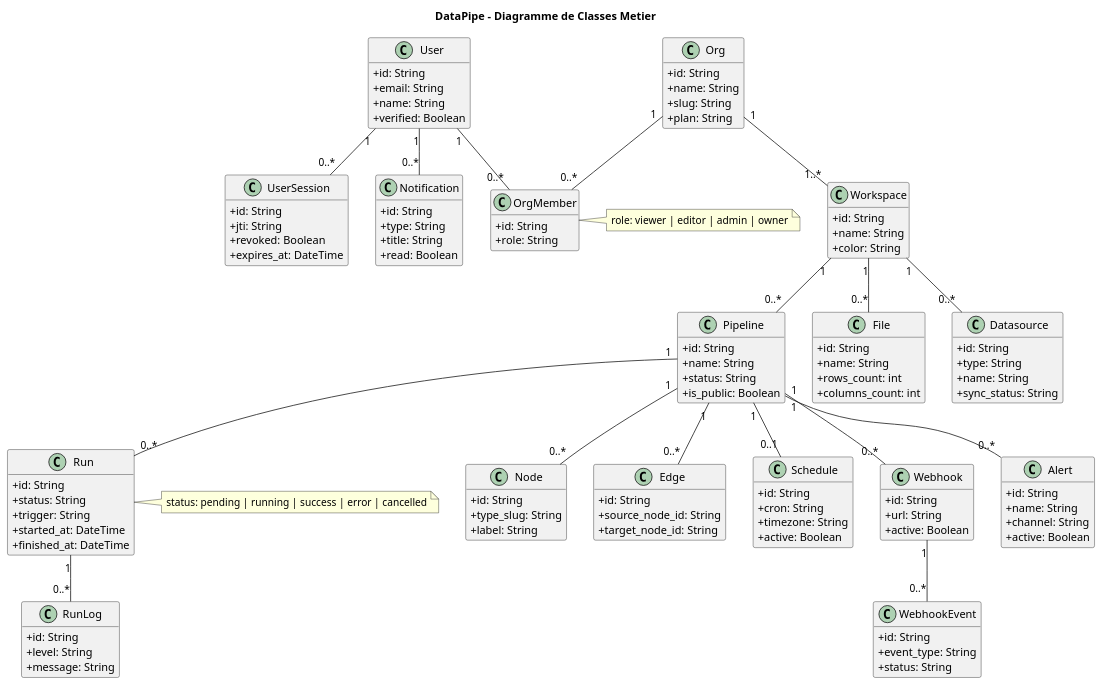
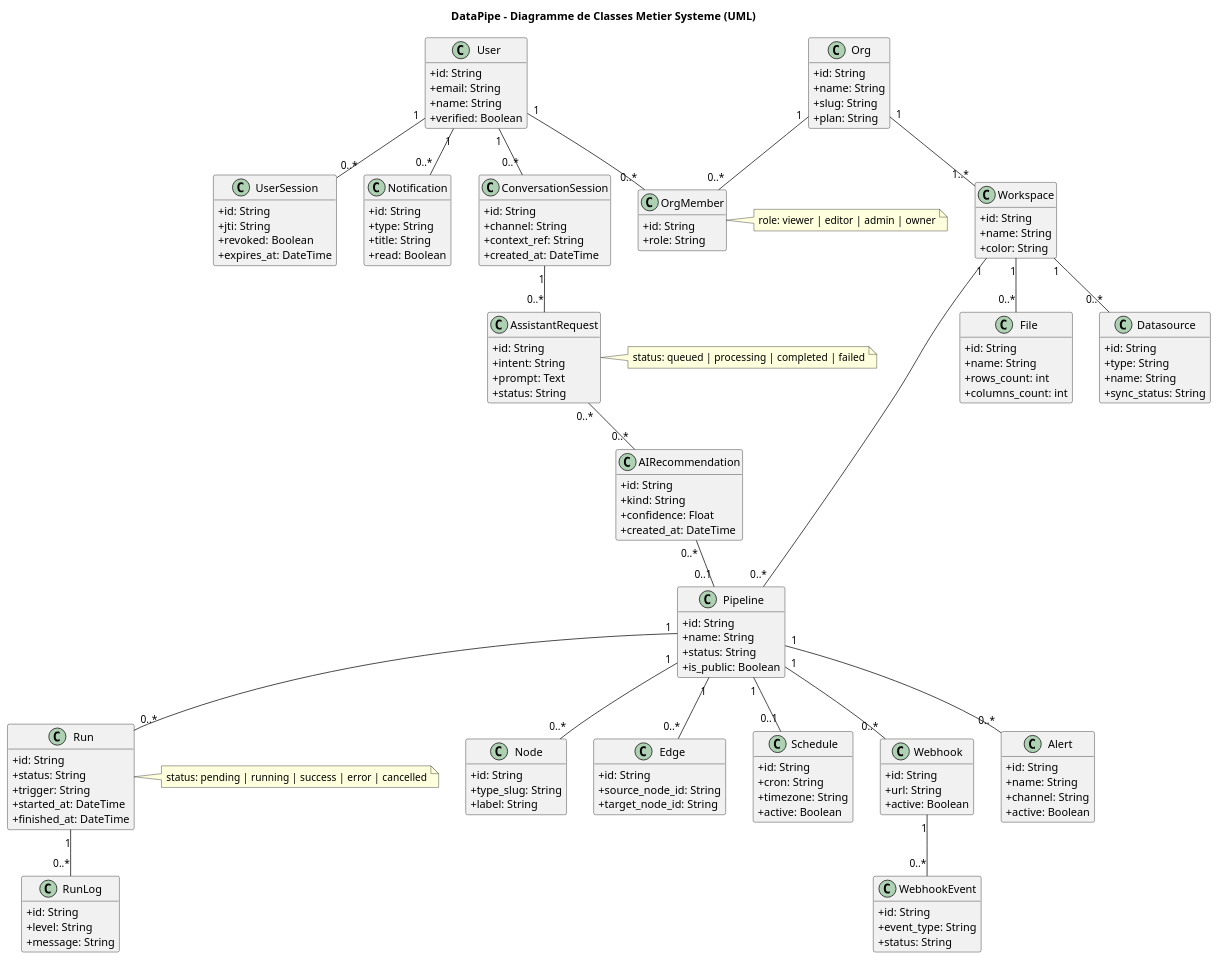
The diagram in analyses/04_classes_metier.puml (Delmat237/DataPipe---ETL-Visuel-pour-Pipelines-Bancaires), drawn with PlantUML before and after one commit. The commit also changed 11 other files, not shown here.

First line of the commit message:
docs: refondre la modélisation UML en vue système

```diff
--- a/analyses/04_classes_metier.puml
+++ b/analyses/04_classes_metier.puml
@@ -1,147 +1,176 @@
 @startuml
-title DataPipe - Diagramme de Classes Metier
+title DataPipe - Diagramme de Classes Metier Systeme (UML)
 skinparam shadowing false
 skinparam classAttributeIconSize 0
 hide methods
 
 class User {
   +id: String
   +email: String
   +name: String
   +verified: Boolean
 }
 
 class UserSession {
   +id: String
   +jti: String
   +revoked: Boolean
   +expires_at: DateTime
 }
 
 class Org {
   +id: String
   +name: String
   +slug: String
   +plan: String
 }
 
 class OrgMember {
   +id: String
   +role: String
 }
 
 class Workspace {
   +id: String
   +name: String
   +color: String
 }
 
 class Pipeline {
   +id: String
   +name: String
   +status: String
   +is_public: Boolean
 }
 
 class Node {
   +id: String
   +type_slug: String
   +label: String
 }
 
 class Edge {
   +id: String
   +source_node_id: String
   +target_node_id: String
 }
 
 class Run {
   +id: String
   +status: String
   +trigger: String
   +started_at: DateTime
   +finished_at: DateTime
 }
 
 class RunLog {
   +id: String
   +level: String
   +message: String
 }
 
 class File {
   +id: String
   +name: String
   +rows_count: int
   +columns_count: int
 }
 
 class Datasource {
   +id: String
   +type: String
   +name: String
   +sync_status: String
 }
 
 class Schedule {
   +id: String
   +cron: String
   +timezone: String
   +active: Boolean
 }
 
 class Webhook {
   +id: String
   +url: String
   +active: Boolean
 }
 
 class WebhookEvent {
   +id: String
   +event_type: String
   +status: String
 }
 
 class Notification {
   +id: String
   +type: String
   +title: String
   +read: Boolean
 }
 
 class Alert {
   +id: String
   +name: String
   +channel: String
   +active: Boolean
 }
 
+class ConversationSession {
+  +id: String
+  +channel: String
+  +context_ref: String
+  +created_at: DateTime
+}
+
+class AssistantRequest {
+  +id: String
+  +intent: String
+  +prompt: Text
+  +status: String
+}
+
+class AIRecommendation {
+  +id: String
+  +kind: String
+  +confidence: Float
+  +created_at: DateTime
+}
+
 User "1" -- "0..*" UserSession
 User "1" -- "0..*" OrgMember
 Org "1" -- "0..*" OrgMember
 Org "1" -- "1..*" Workspace
 
 Workspace "1" -- "0..*" Pipeline
 Workspace "1" -- "0..*" File
 Workspace "1" -- "0..*" Datasource
 
 Pipeline "1" -- "0..*" Node
 Pipeline "1" -- "0..*" Edge
 Pipeline "1" -- "0..*" Run
 Pipeline "1" -- "0..1" Schedule
 Pipeline "1" -- "0..*" Webhook
 Pipeline "1" -- "0..*" Alert
 
 Run "1" -- "0..*" RunLog
 Webhook "1" -- "0..*" WebhookEvent
 User "1" -- "0..*" Notification
+User "1" -- "0..*" ConversationSession
+ConversationSession "1" -- "0..*" AssistantRequest
+AssistantRequest "0..*" -- "0..*" AIRecommendation
+AIRecommendation "0..*" -- "0..1" Pipeline
 
 note right of OrgMember
 role: viewer | editor | admin | owner
 end note
 
 note right of Run
 status: pending | running | success | error | cancelled
 end note
 
+note right of AssistantRequest
+status: queued | processing | completed | failed
+end note
+
 @enduml
```
